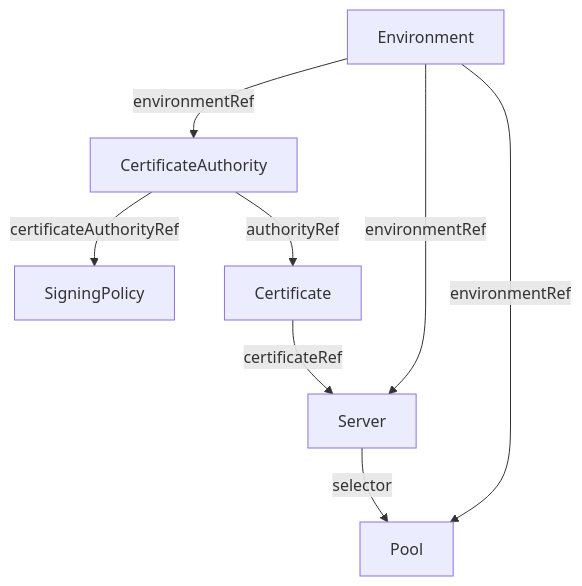
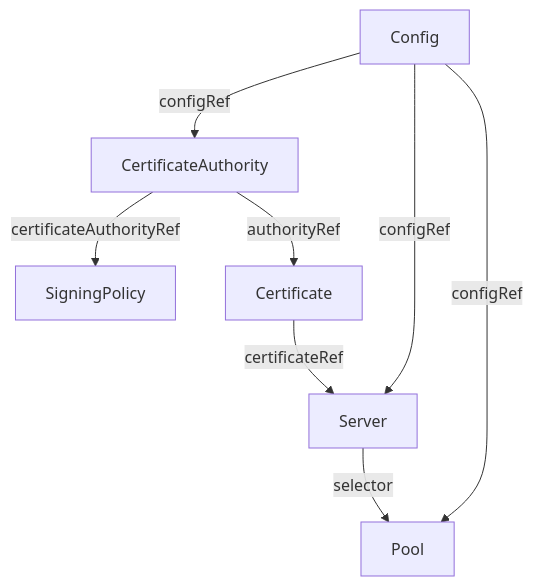
Before and after one commit to slauger/openvox-operator: the diagram in docs/reference/index.md, drawn with Mermaid. The commit also changed other lines of this file and 51 other files, not shown here.

First line of the commit message:
refactor: rename Environment CRD to Config

````diff
--- a/docs/reference/index.md
+++ b/docs/reference/index.md
@@ -7,17 +7,17 @@
 ```mermaid
 graph TD
-    Env["Environment"]
+    Cfg["Config"]
     CA["CertificateAuthority"]
     SP["SigningPolicy"]
     Cert["Certificate"]
     Srv["Server"]
     Pool["Pool"]
 
-    Env -->|environmentRef| CA
+    Cfg -->|configRef| CA
     CA -->|certificateAuthorityRef| SP
     CA -->|authorityRef| Cert
     Cert -->|certificateRef| Srv
-    Env -->|environmentRef| Srv
+    Cfg -->|configRef| Srv
     Srv -->|selector| Pool
-    Env -->|environmentRef| Pool
+    Cfg -->|configRef| Pool
 ```
````
